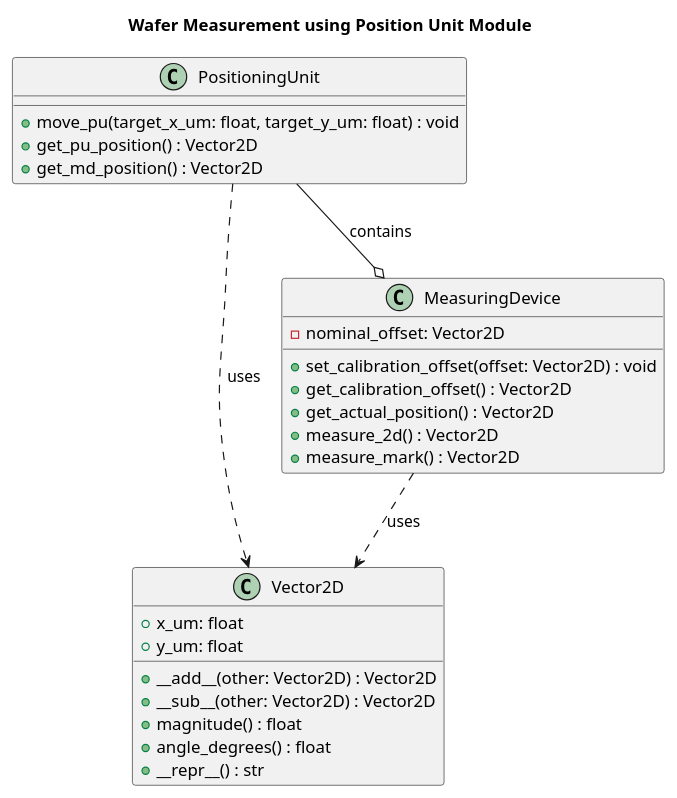
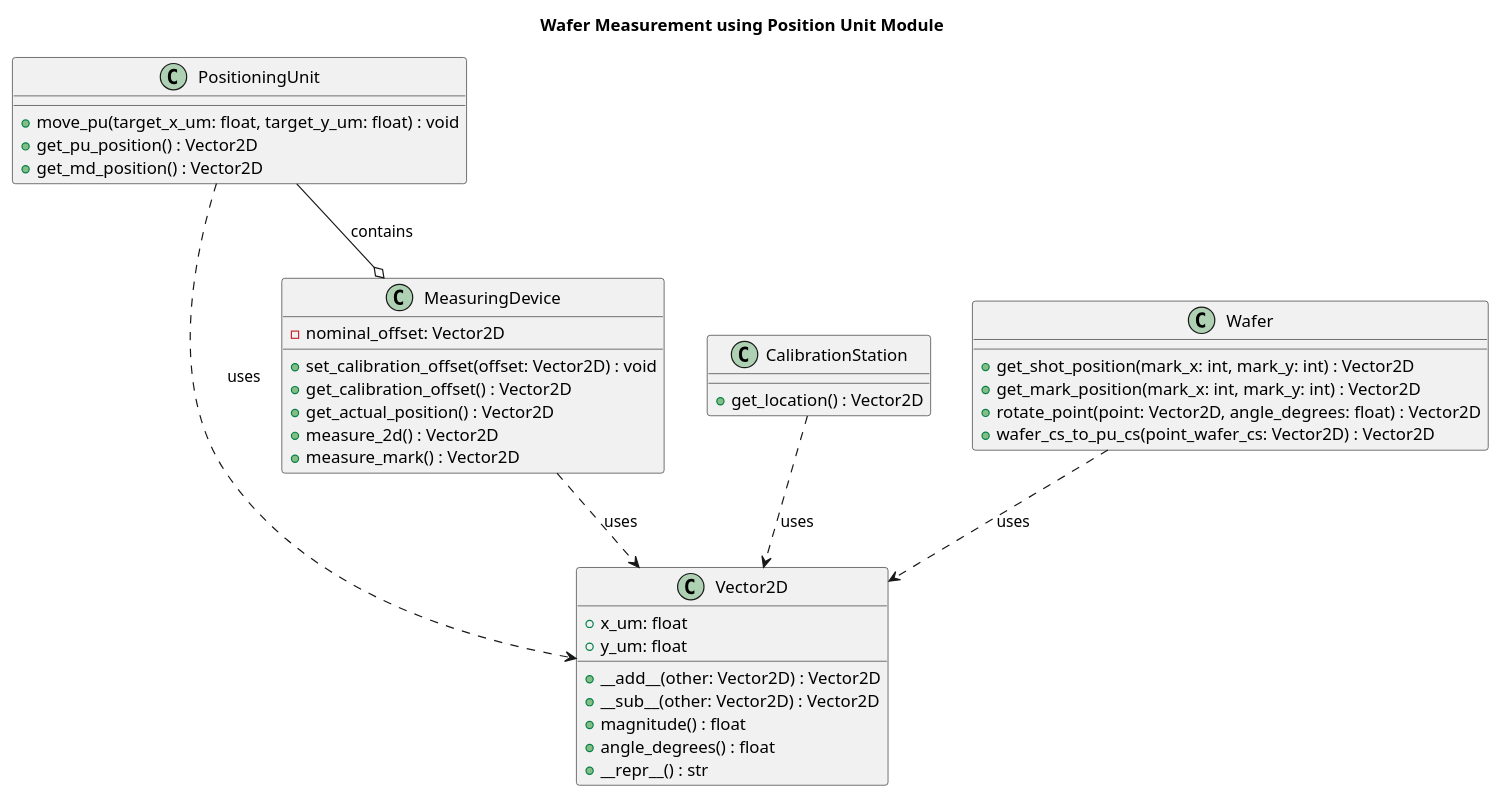
The diagram in architecture.puml (ikvibhav/device-control), drawn with PlantUML before and after one commit. The commit also changed 2 other files, not shown here.

Commit message:
NFI-DEV-CON part1: add calibstation, wafer tests

```diff
--- a/architecture.puml
+++ b/architecture.puml
@@ -1,35 +1,50 @@
 @startuml nfi_device_control
 
 title Wafer Measurement using Position Unit Module
 
 class Vector2D {
   + x_um: float
   + y_um: float
   + __add__(other: Vector2D) : Vector2D
   + __sub__(other: Vector2D) : Vector2D
   + magnitude() : float
   + angle_degrees() : float
   + __repr__() : str
 }
 
 class MeasuringDevice {
     - nominal_offset: Vector2D
     + set_calibration_offset(offset: Vector2D) : void
     + get_calibration_offset() : Vector2D
     + get_actual_position() : Vector2D
     + measure_2d() : Vector2D
     + measure_mark() : Vector2D
 }
 
 class PositioningUnit {
     + move_pu(target_x_um: float, target_y_um: float) : void
     + get_pu_position() : Vector2D
     + get_md_position() : Vector2D
 }
 
 
+class CalibrationStation {
+    + get_location() : Vector2D
+}
+
+class Wafer {
+    + get_shot_position(mark_x: int, mark_y: int) : Vector2D
+    + get_mark_position(mark_x: int, mark_y: int) : Vector2D
+    + rotate_point(point: Vector2D, angle_degrees: float) : Vector2D
+    + wafer_cs_to_pu_cs(point_wafer_cs: Vector2D) : Vector2D
+}
+
+
 MeasuringDevice ..> Vector2D : uses
 PositioningUnit ..> Vector2D : uses
 PositioningUnit --o MeasuringDevice : contains
 
+CalibrationStation ..> Vector2D : uses
+Wafer ..> Vector2D : uses
+
 @enduml
```
